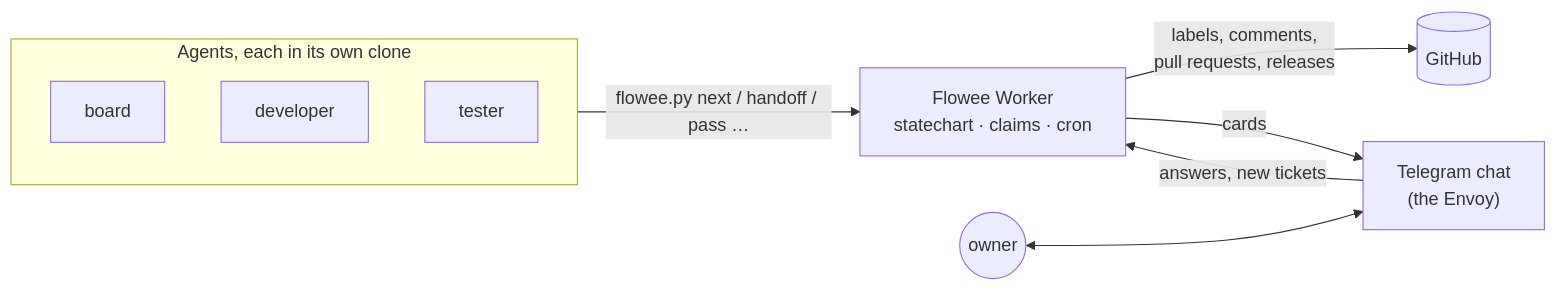
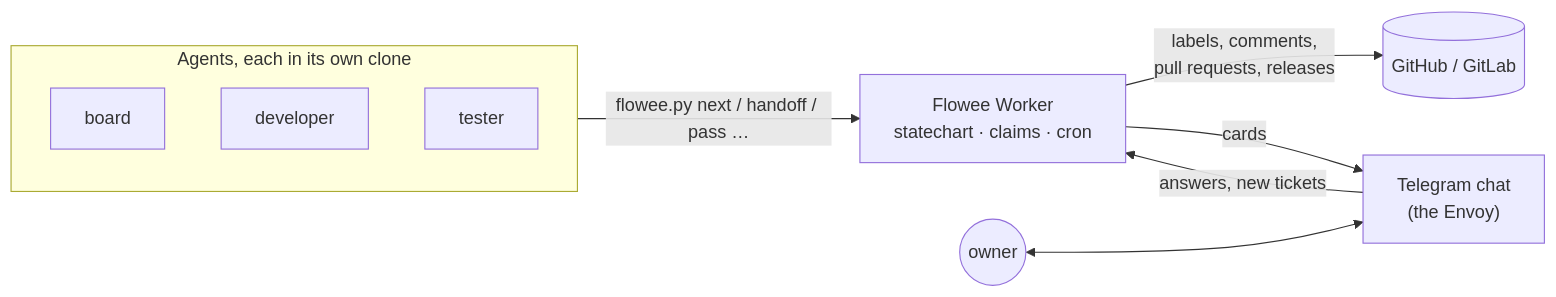
Before and after one commit to Nachtalb/flowee: the diagram in README.md, drawn with Mermaid. The commit also changed other lines of this file and 9 other files, not shown here.

````diff
--- a/README.md
+++ b/README.md
@@ -27,11 +28,11 @@
 ```mermaid
 flowchart LR
   subgraph Agents["Agents, each in its own clone"]
     B[board] & D[developer] & T[tester]
   end
   Agents -- "flowee.py next / handoff / pass …" --> W
-  W["Flowee Worker<br/>statechart · claims · cron"] -- "labels, comments,<br/>pull requests, releases" --> G[(GitHub)]
+  W["Flowee Worker<br/>statechart · claims · cron"] -- "labels, comments,<br/>pull requests, releases" --> G[("GitHub / GitLab")]
   W -- "cards" --> C["Telegram chat<br/>(the Envoy)"]
   C -- "answers, new tickets" --> W
   O((owner)) <--> C
 ```
````
